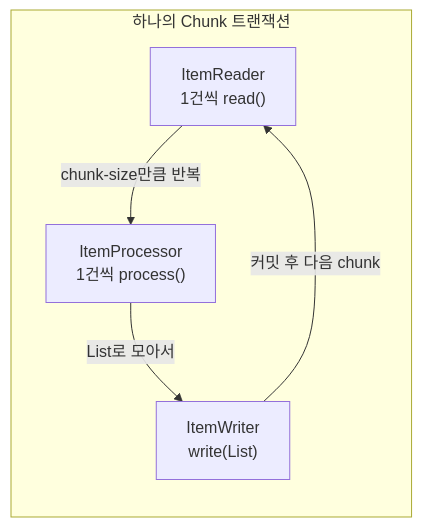
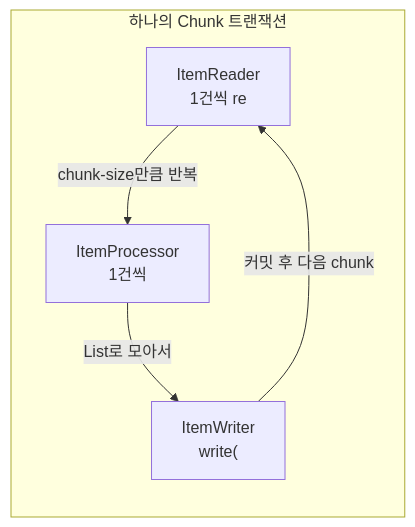
The third of 5 diagrams in _posts/batch/2026-05-03-spring-batch-fundamentals.md (yjkim2015/yjkim2015.github.io), drawn with Mermaid before and after one commit. The commit also changed other lines of this file and 271 other files, not shown here.

First line of the commit message:
Mermaid 라벨 축소: 긴 노드 텍스트 18자 이하로 트림 + \n 제거

````diff
--- a/_posts/batch/2026-05-03-spring-batch-fundamentals.md
+++ b/_posts/batch/2026-05-03-spring-batch-fundamentals.md
@@ -117,8 +117,8 @@
 ```mermaid
 flowchart LR
     subgraph "하나의 Chunk 트랜잭션"
-        A["ItemReader\n1건씩 read()"] -->|"chunk-size만큼 반복"| B["ItemProcessor\n1건씩 process()"]
-        B -->|"List로 모아서"| C["ItemWriter\nwrite(List)"]
+        A["ItemReader\n1건씩 re"] -->|"chunk-size만큼 반복"| B["ItemProcessor\n1건씩"]
+        B -->|"List로 모아서"| C["ItemWriter\nwrite("]
     end
     C -->|"커밋 후 다음 chunk"| A
 ```
````
